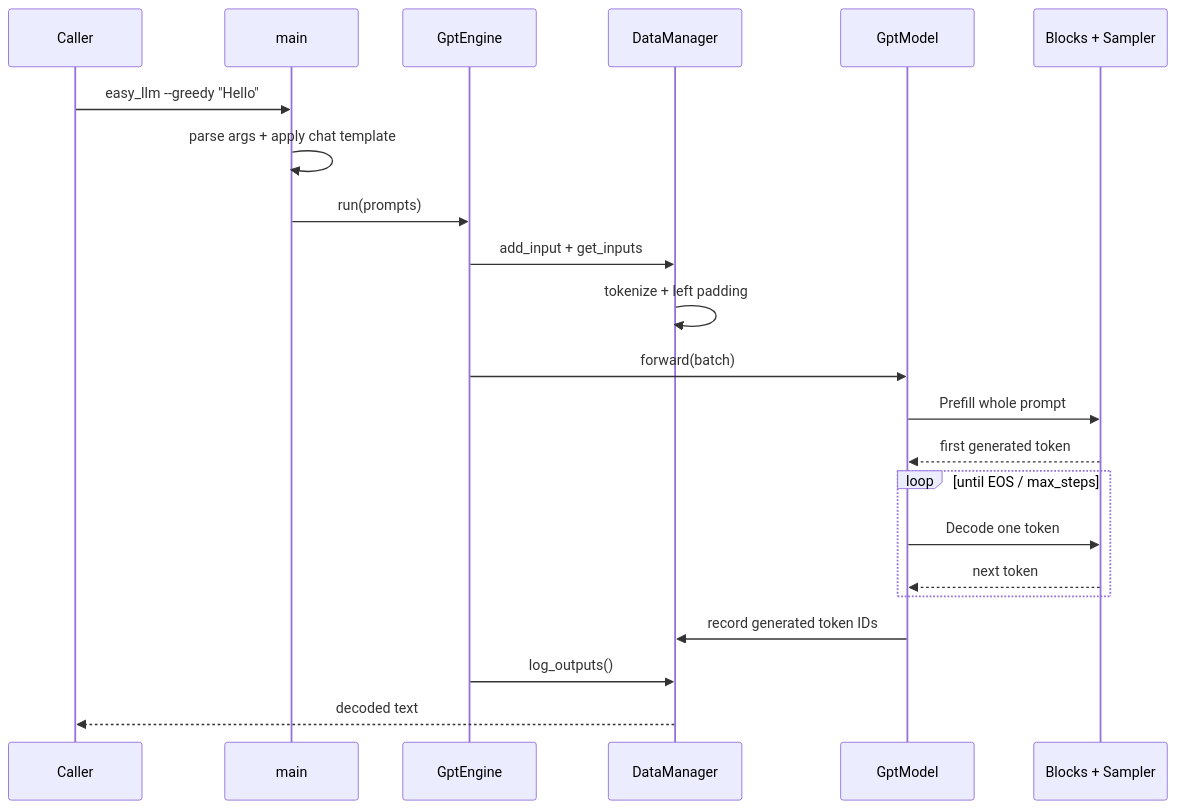
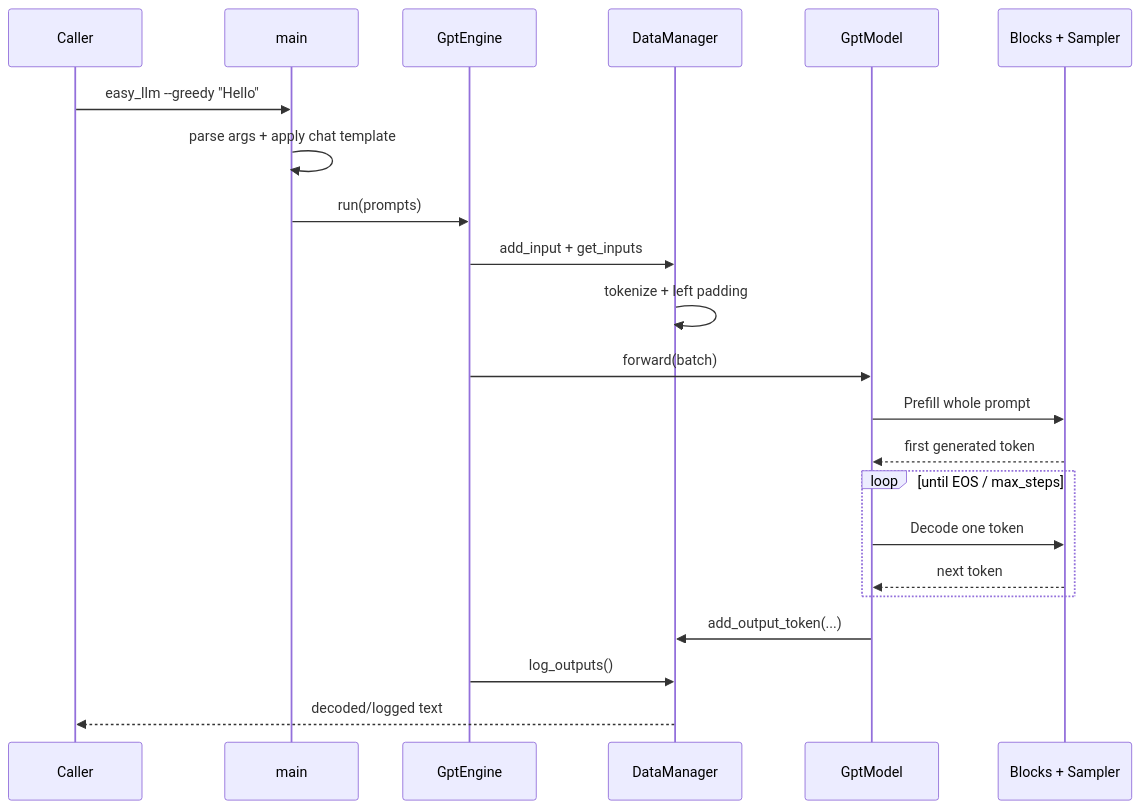
One commit to eagle-dai/easy_llm.cpp changed the second of 9 diagrams in my/docs/easy_llm_guide.zh-CN.md. Above: the diagram before and after it, drawn with Mermaid. The commit also changed other lines of this file, not shown here.

Commit message:
docs: fix architecture boundaries and strengthen state ownership

````diff
--- a/my/docs/easy_llm_guide.zh-CN.md
+++ b/my/docs/easy_llm_guide.zh-CN.md
@@ -105,25 +113,25 @@
 ```mermaid
 sequenceDiagram
     participant U as Caller
     participant M as main
     participant E as GptEngine
     participant D as DataManager
     participant G as GptModel
     participant X as Blocks + Sampler
 
     U->>M: easy_llm --greedy "Hello"
     M->>M: parse args + apply chat template
     M->>E: run(prompts)
     E->>D: add_input + get_inputs
     D->>D: tokenize + left padding
     E->>G: forward(batch)
     G->>X: Prefill whole prompt
     X-->>G: first generated token
     loop until EOS / max_steps
         G->>X: Decode one token
         X-->>G: next token
     end
-    G->>D: record generated token IDs
+    G->>D: add_output_token(...)
     E->>D: log_outputs()
-    D-->>U: decoded text
+    D-->>U: decoded/logged text
 ```
````
